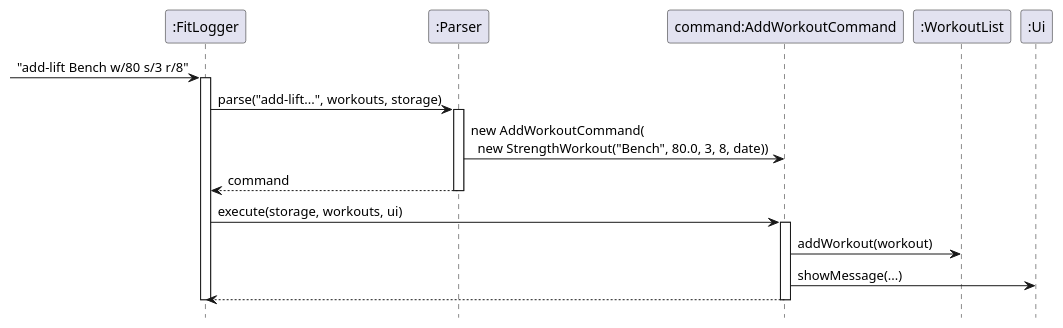
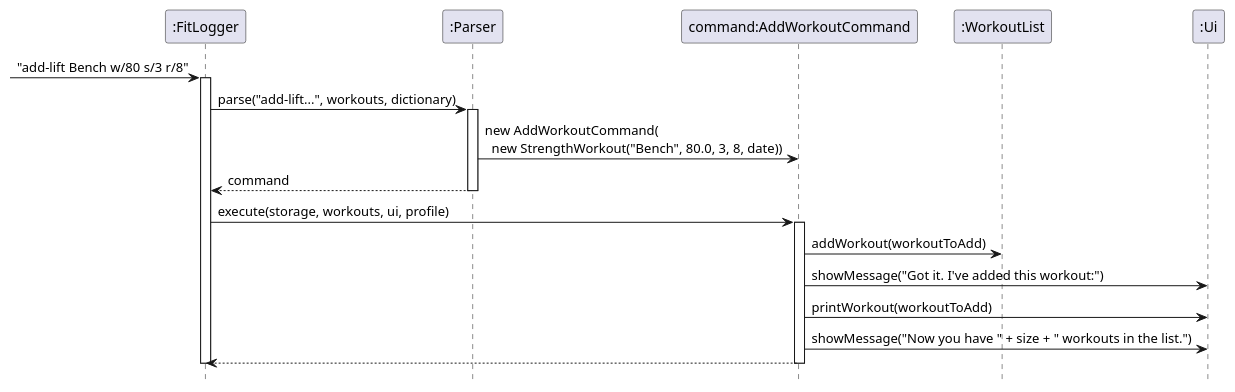
One commit to Daniel-czj/tp changed the diagram in docs/diagrams/AddLiftSequenceDiagram.puml. Above: the diagram before and after it, drawn with PlantUML. The commit also changed 12 other files, not shown here.

```diff
--- a/docs/diagrams/AddLiftSequenceDiagram.puml
+++ b/docs/diagrams/AddLiftSequenceDiagram.puml
@@ -1,31 +1,33 @@
 @startuml
 hide footbox
 
 participant ":FitLogger" as Main
 participant ":Parser" as Parser
 participant "command:AddWorkoutCommand" as AddWorkoutCommand
 participant ":WorkoutList" as WorkoutList
 participant ":Ui" as Ui
 
 -> Main : "add-lift Bench w/80 s/3 r/8"
 activate Main
 
-Main -> Parser : parse("add-lift...", workouts, storage)
+Main -> Parser : parse("add-lift...", workouts, dictionary)
 activate Parser
 
 Parser -> AddWorkoutCommand : new AddWorkoutCommand(\n  new StrengthWorkout("Bench", 80.0, 3, 8, date))
 
 Parser --> Main : command
 deactivate Parser
 
-Main -> AddWorkoutCommand : execute(storage, workouts, ui)
+Main -> AddWorkoutCommand : execute(storage, workouts, ui, profile)
 activate AddWorkoutCommand
 
-AddWorkoutCommand -> WorkoutList : addWorkout(workout)
-AddWorkoutCommand -> Ui : showMessage(...)
+AddWorkoutCommand -> WorkoutList : addWorkout(workoutToAdd)
+AddWorkoutCommand -> Ui : showMessage("Got it. I've added this workout:")
+AddWorkoutCommand -> Ui : printWorkout(workoutToAdd)
+AddWorkoutCommand -> Ui : showMessage("Now you have " + size + " workouts in the list.")
 
 AddWorkoutCommand --> Main
 deactivate AddWorkoutCommand
 
 deactivate Main
 @enduml
```
